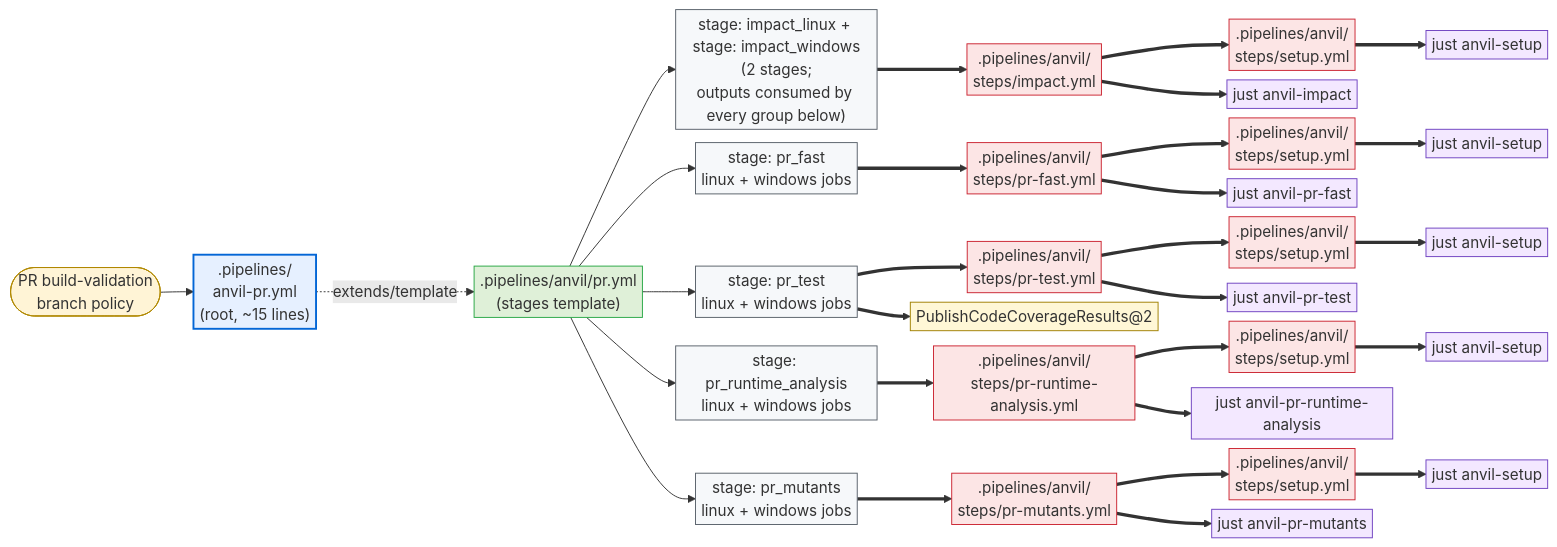
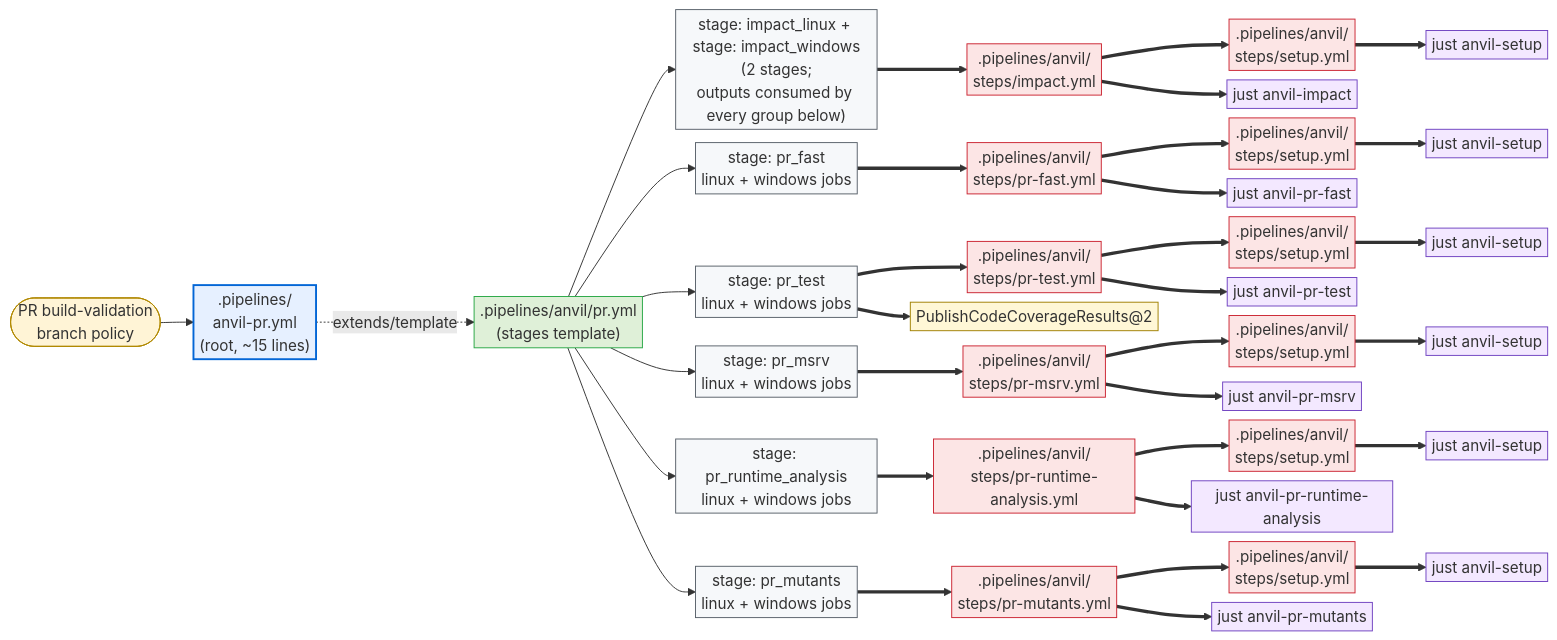
Before and after one commit to microsoft/ox-tools: the first of 2 diagrams in crates/cargo-anvil/docs/design/ado.md, drawn with Mermaid. The commit also changed other lines of this file and 20 other files, not shown here.

```diff
--- a/crates/cargo-anvil/docs/design/ado.md
+++ b/crates/cargo-anvil/docs/design/ado.md
@@ -50,16 +50,19 @@
     impact_s["stage: impact_linux + stage: impact_windows<br/>(2 stages;<br/>outputs consumed by every group below)"]:::stage
     pr_fast_s["stage: pr_fast<br/>linux + windows jobs"]:::stage
     pr_test_s["stage: pr_test<br/>linux + windows jobs"]:::stage
+    pr_msrv_s["stage: pr_msrv<br/>linux + windows jobs"]:::stage
     pr_runtime_analysis_s["stage: pr_runtime_analysis<br/>linux + windows jobs"]:::stage
     pr_mutants_s["stage: pr_mutants<br/>linux + windows jobs"]:::stage
     impact_step[".pipelines/anvil/<br/>steps/impact.yml"]:::step
     impact_setup[".pipelines/anvil/<br/>steps/setup.yml"]:::step
     fast_setup[".pipelines/anvil/<br/>steps/setup.yml"]:::step
     test_setup[".pipelines/anvil/<br/>steps/setup.yml"]:::step
+    msrv_setup[".pipelines/anvil/<br/>steps/setup.yml"]:::step
     runtime_setup[".pipelines/anvil/<br/>steps/setup.yml"]:::step
     mutants_setup[".pipelines/anvil/<br/>steps/setup.yml"]:::step
     fast_step[".pipelines/anvil/<br/>steps/pr-fast.yml"]:::step
     test_step[".pipelines/anvil/<br/>steps/pr-test.yml"]:::step
+    msrv_step[".pipelines/anvil/<br/>steps/pr-msrv.yml"]:::step
     runtime_step[".pipelines/anvil/<br/>steps/pr-runtime-analysis.yml"]:::step
     mutants_step[".pipelines/anvil/<br/>steps/pr-mutants.yml"]:::step
     publish_coverage["PublishCodeCoverageResults@2"]:::external
@@ -68,7 +71,9 @@
     impact_just["just anvil-impact"]:::recipe
     impact_setup_just["just anvil-setup"]:::recipe
     test_just["just anvil-pr-test"]:::recipe
+    msrv_just["just anvil-pr-msrv"]:::recipe
     test_setup_just["just anvil-setup"]:::recipe
+    msrv_setup_just["just anvil-setup"]:::recipe
     runtime_just["just anvil-pr-runtime-analysis"]:::recipe
     runtime_setup_just["just anvil-setup"]:::recipe
     mutants_just["just anvil-pr-mutants"]:::recipe
@@ -79,12 +84,14 @@
     pr_stages --> impact_s
     pr_stages --> pr_fast_s
     pr_stages --> pr_test_s
+    pr_stages --> pr_msrv_s
     pr_stages --> pr_runtime_analysis_s
     pr_stages --> pr_mutants_s
 
     impact_s ==> impact_step
     pr_fast_s ==> fast_step
     pr_test_s ==> test_step
+    pr_msrv_s ==> msrv_step
     pr_test_s ==> publish_coverage
     pr_runtime_analysis_s ==> runtime_step
     pr_mutants_s ==> mutants_step
@@ -95,6 +102,8 @@
     fast_step ==> fast_just
     test_step ==> test_setup
     test_step ==> test_just
+    msrv_step ==> msrv_setup
+    msrv_step ==> msrv_just
     runtime_step ==> runtime_setup
     runtime_step ==> runtime_just
     mutants_step ==> mutants_setup
@@ -103,6 +112,7 @@
     impact_setup ==> impact_setup_just
     fast_setup ==> fast_setup_just
     test_setup ==> test_setup_just
+    msrv_setup ==> msrv_setup_just
     runtime_setup ==> runtime_setup_just
     mutants_setup ==> mutants_setup_just
 
```
